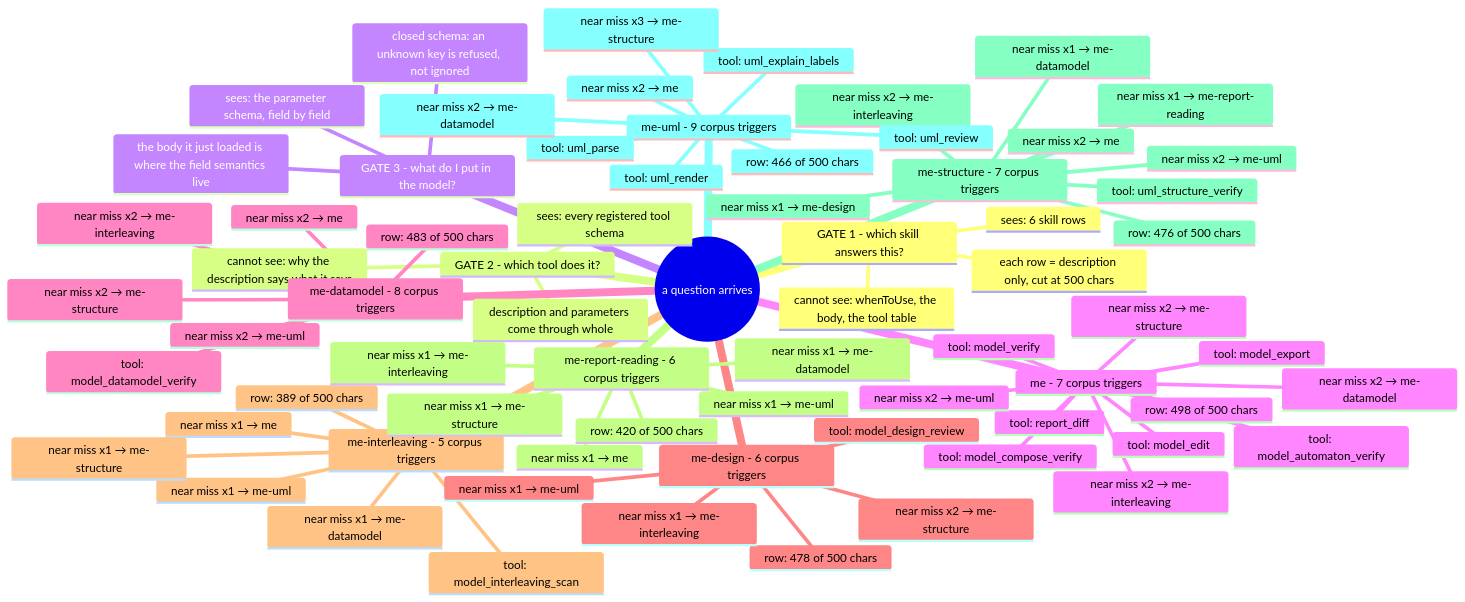
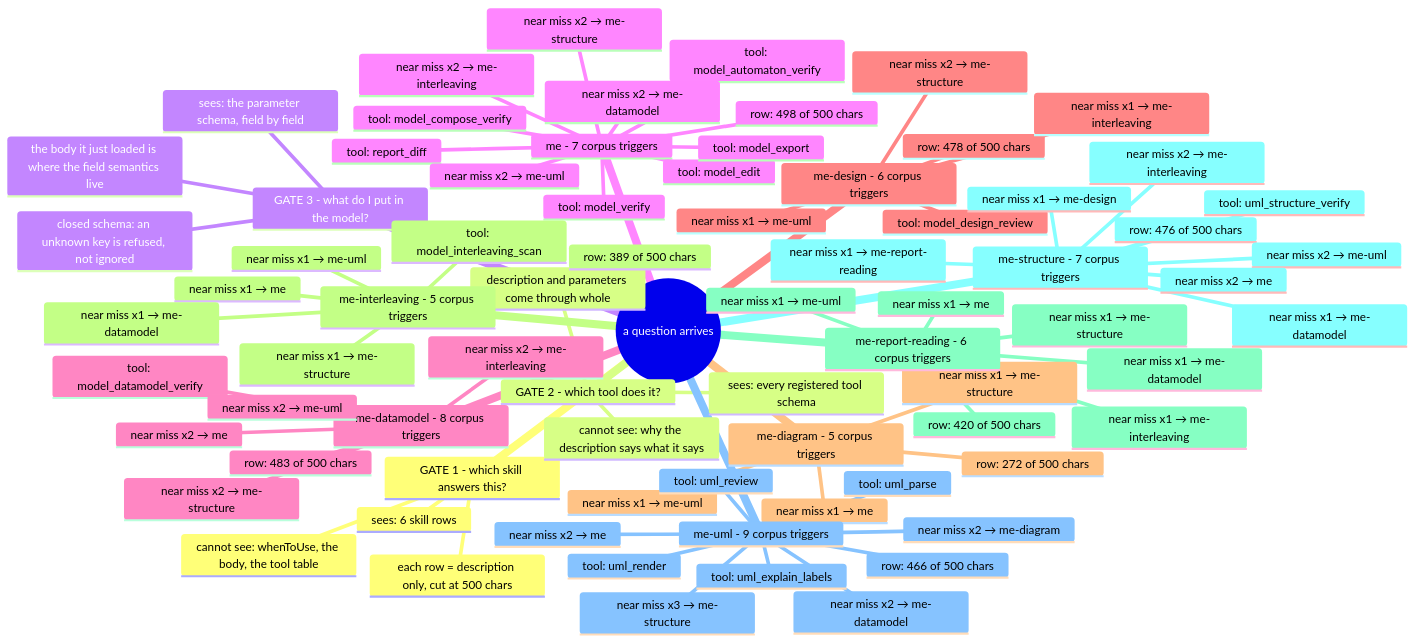
The diagram in docs/routing-map.md (AmethystLuna/dsh-model-everything), drawn with Mermaid before and after one commit. The commit also changed other lines of this file and 9 other files, not shown here.

````diff
--- a/docs/routing-map.md
+++ b/docs/routing-map.md
@@ -9,73 +9,79 @@
 ```mermaid
 mindmap
   root((a question arrives))
     GATE 1 - which skill answers this?
       sees: 6 skill rows
       each row = description only, cut at 500 chars
       cannot see: whenToUse, the body, the tool table
     GATE 2 - which tool does it?
       sees: every registered tool schema
       description and parameters come through whole
       cannot see: why the description says what it says
     GATE 3 - what do I put in the model?
       sees: the parameter schema, field by field
       closed schema: an unknown key is refused, not ignored
       the body it just loaded is where the field semantics live
     me - 7 corpus triggers
       row: 498 of 500 chars
       tool: model_verify
       tool: model_edit
       tool: model_automaton_verify
       tool: model_compose_verify
       tool: model_export
       tool: report_diff
       near miss x2 → me-interleaving
       near miss x2 → me-datamodel
       near miss x2 → me-structure
       near miss x2 → me-uml
     me-datamodel - 8 corpus triggers
       row: 483 of 500 chars
       tool: model_datamodel_verify
       near miss x2 → me-uml
       near miss x2 → me-interleaving
       near miss x2 → me
       near miss x2 → me-structure
     me-design - 6 corpus triggers
       row: 478 of 500 chars
       tool: model_design_review
       near miss x2 → me-structure
       near miss x1 → me-uml
       near miss x1 → me-interleaving
+    me-diagram - 5 corpus triggers
+      row: 272 of 500 chars
+      near miss x1 → me-structure
+      near miss x1 → me-uml
+      near miss x1 → me
     me-interleaving - 5 corpus triggers
       row: 389 of 500 chars
       tool: model_interleaving_scan
       near miss x1 → me
       near miss x1 → me-datamodel
       near miss x1 → me-uml
       near miss x1 → me-structure
     me-report-reading - 6 corpus triggers
       row: 420 of 500 chars
       near miss x1 → me
       near miss x1 → me-interleaving
       near miss x1 → me-datamodel
       near miss x1 → me-structure
       near miss x1 → me-uml
     me-structure - 7 corpus triggers
       row: 476 of 500 chars
       tool: uml_structure_verify
       near miss x2 → me-uml
       near miss x2 → me-interleaving
       near miss x2 → me
       near miss x1 → me-datamodel
       near miss x1 → me-design
       near miss x1 → me-report-reading
     me-uml - 9 corpus triggers
       row: 466 of 500 chars
       tool: uml_render
       tool: uml_parse
       tool: uml_review
       tool: uml_explain_labels
       near miss x3 → me-structure
       near miss x2 → me
       near miss x2 → me-datamodel
+      near miss x2 → me-diagram
 ```
````
